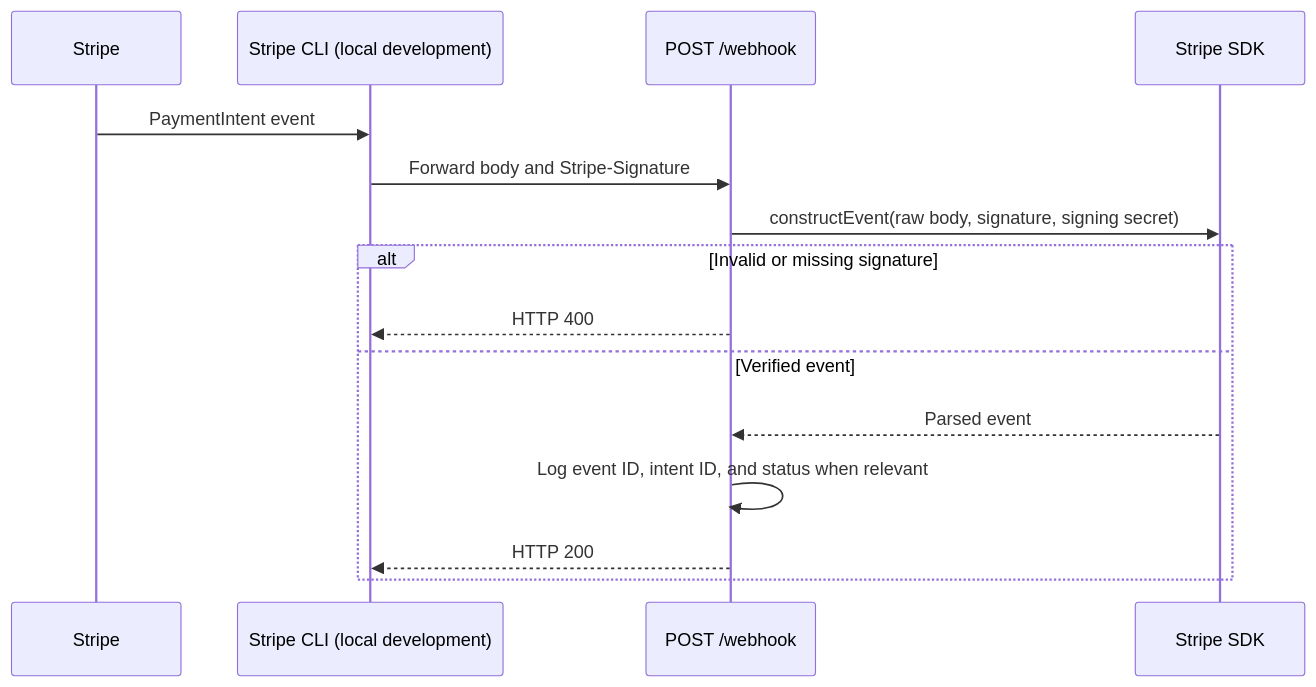
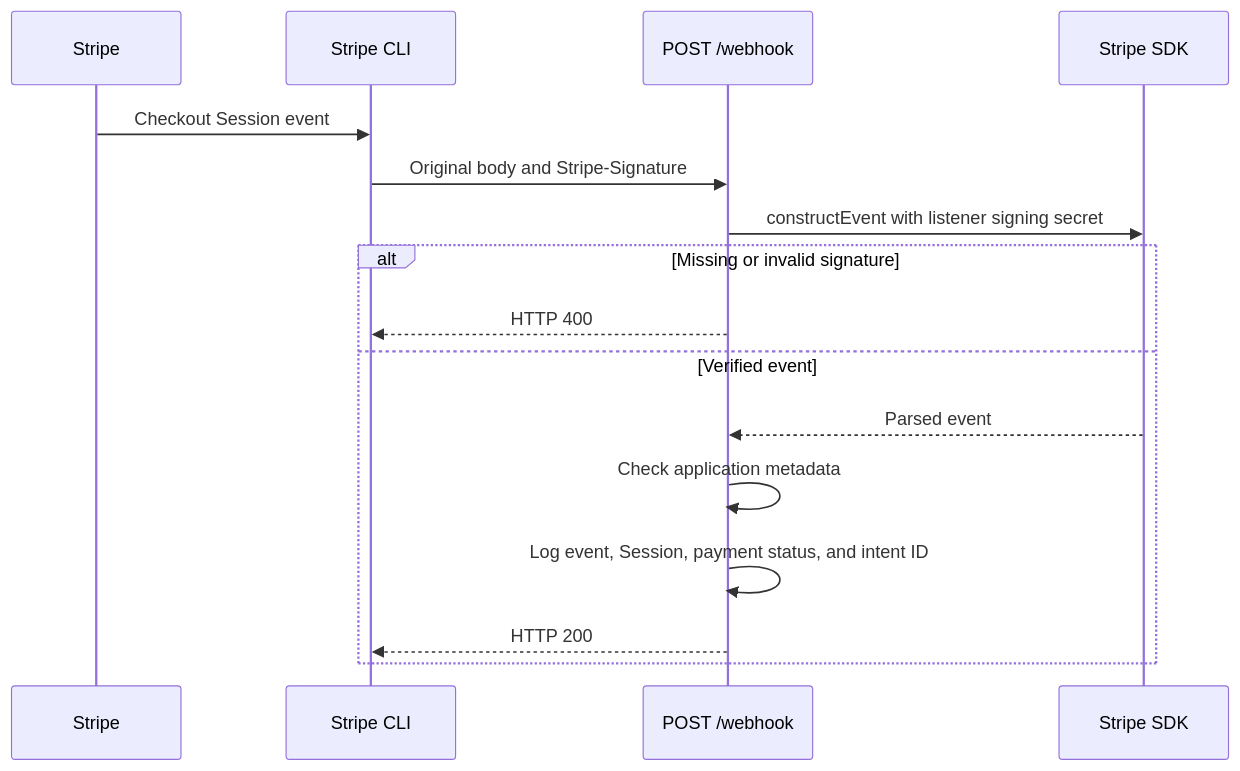
One commit to rifahmirzaa/sa-takehome-project-node changed the fourth of 4 diagrams in docs/design.md. Above: the diagram before and after it, drawn with Mermaid. The commit also changed other lines of this file and 2 other files, not shown here.

Commit message:
update setup and diagrams for Checkout Sessions

````diff
--- a/docs/design.md
+++ b/docs/design.md
@@ -141,17 +133,18 @@
 ```mermaid
 sequenceDiagram
     participant Stripe
-    participant CLI as Stripe CLI (local development)
+    participant CLI as Stripe CLI
     participant App as POST /webhook
     participant SDK as Stripe SDK
-    Stripe->>CLI: PaymentIntent event
-    CLI->>App: Forward body and Stripe-Signature
-    App->>SDK: constructEvent(raw body, signature, signing secret)
-    alt Invalid or missing signature
+    Stripe->>CLI: Checkout Session event
+    CLI->>App: Original body and Stripe-Signature
+    App->>SDK: constructEvent with listener signing secret
+    alt Missing or invalid signature
         App-->>CLI: HTTP 400
     else Verified event
         SDK-->>App: Parsed event
-        App->>App: Log event ID, intent ID, and status when relevant
+        App->>App: Check application metadata
+        App->>App: Log event, Session, payment status, and intent ID
         App-->>CLI: HTTP 200
     end
 ```
````
